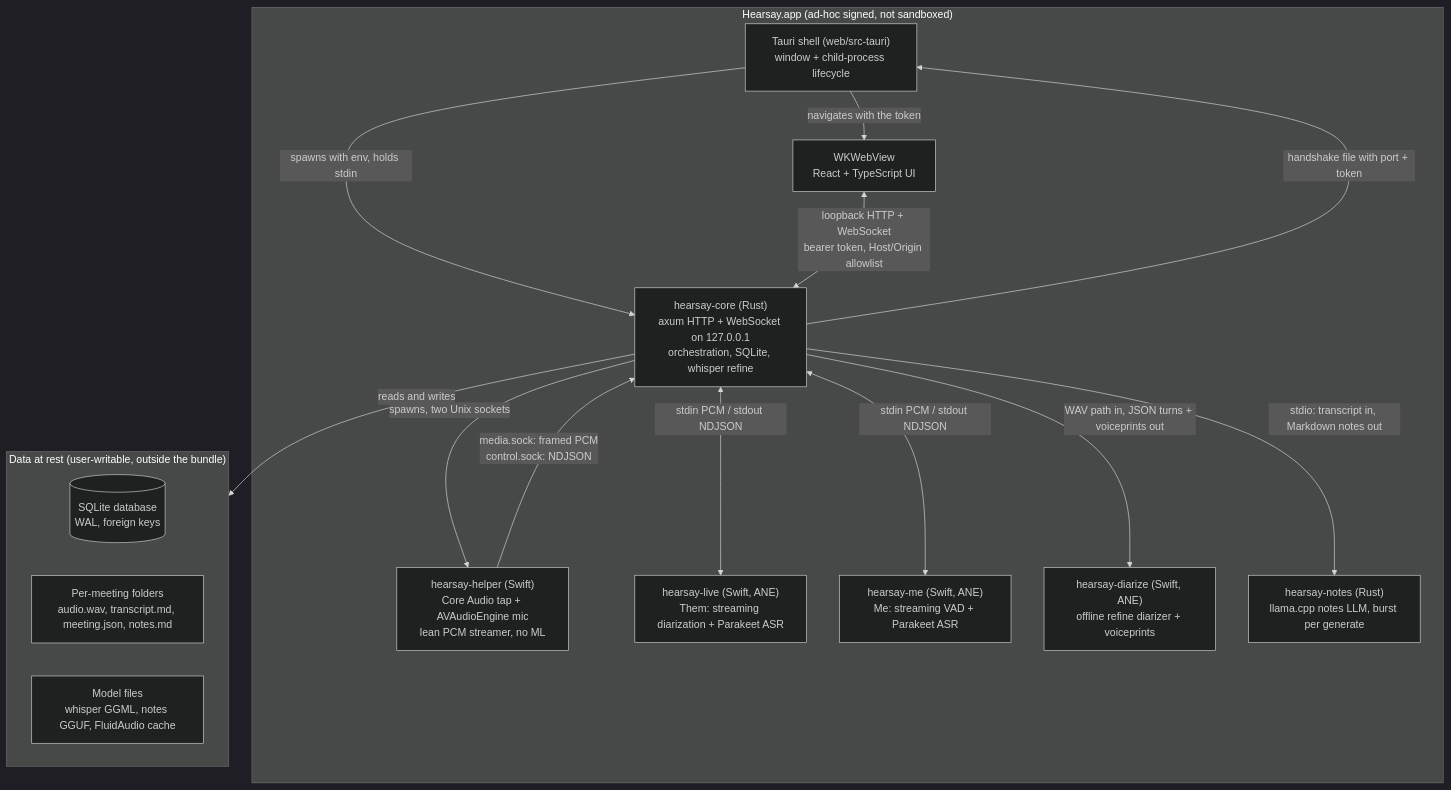
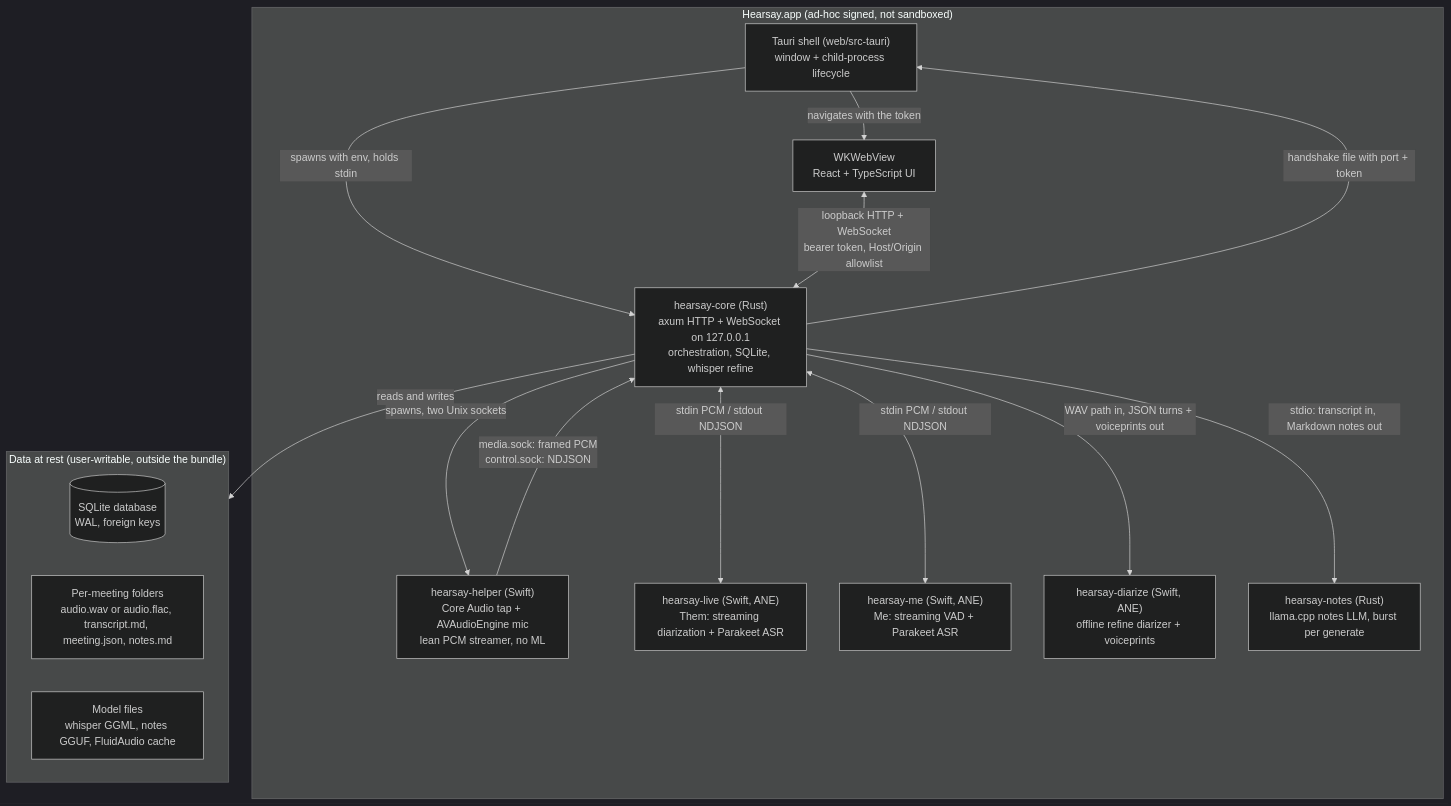
One commit to rwiseman87/hearsay changed the first of 7 diagrams in docs/architecture.md. Above: the diagram before and after it, drawn with Mermaid (dark theme). The commit also changed other lines of this file and 48 other files, not shown here.

````diff
--- a/docs/architecture.md
+++ b/docs/architecture.md
@@ -42,30 +42,30 @@
 ```mermaid
 flowchart TB
     subgraph bundle["Hearsay.app (ad-hoc signed, not sandboxed)"]
         shell["Tauri shell (web/src-tauri)<br/>window + child-process lifecycle"]
         webview["WKWebView<br/>React + TypeScript UI"]
         core["hearsay-core (Rust)<br/>axum HTTP + WebSocket on 127.0.0.1<br/>orchestration, SQLite, whisper refine"]
         helper["hearsay-helper (Swift)<br/>Core Audio tap + AVAudioEngine mic<br/>lean PCM streamer, no ML"]
         live["hearsay-live (Swift, ANE)<br/>Them: streaming diarization + Parakeet ASR"]
         me["hearsay-me (Swift, ANE)<br/>Me: streaming VAD + Parakeet ASR"]
         diarize["hearsay-diarize (Swift, ANE)<br/>offline refine diarizer + voiceprints"]
         notes["hearsay-notes (Rust)<br/>llama.cpp notes LLM, burst per generate"]
     end
     subgraph disk["Data at rest (user-writable, outside the bundle)"]
         db[("SQLite database<br/>WAL, foreign keys")]
-        meetings["Per-meeting folders<br/>audio.wav, transcript.md, meeting.json, notes.md"]
+        meetings["Per-meeting folders<br/>audio.wav or audio.flac, transcript.md, meeting.json, notes.md"]
         models["Model files<br/>whisper GGML, notes GGUF, FluidAudio cache"]
     end
 
     shell -->|"navigates with the token"| webview
     shell -->|"spawns with env, holds stdin"| core
     core -->|"handshake file with port + token"| shell
     webview <-->|"loopback HTTP + WebSocket<br/>bearer token, Host/Origin allowlist"| core
     core -->|"spawns, two Unix sockets"| helper
     helper -->|"media.sock: framed PCM<br/>control.sock: NDJSON"| core
     core <-->|"stdin PCM / stdout NDJSON"| live
     core <-->|"stdin PCM / stdout NDJSON"| me
     core -->|"WAV path in, JSON turns + voiceprints out"| diarize
     core -->|"stdio: transcript in, Markdown notes out"| notes
     core -->|"reads and writes"| disk
 ```
````
